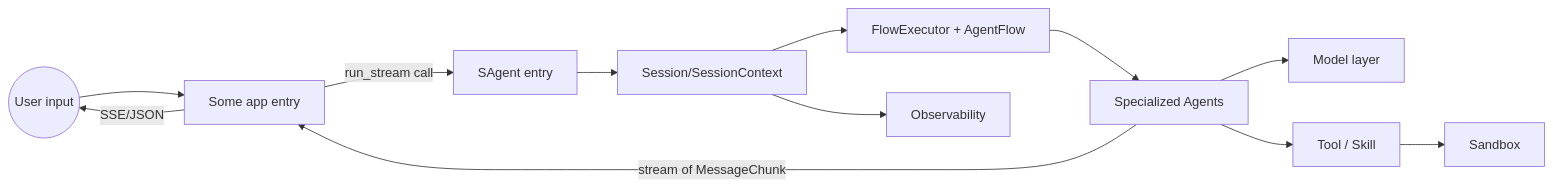
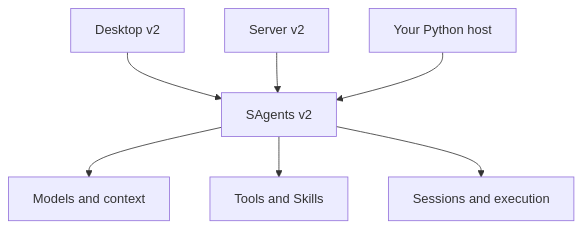
The diagram in docs/en/architecture/README.md (ZHangZHengEric/Sage), drawn with Mermaid before and after one commit. The commit also changed other lines of this file and 219 other files, not shown here.

````diff
--- a/docs/en/architecture/README.md
+++ b/docs/en/architecture/README.md
@@ -64,14 +16,9 @@
 ```mermaid
-flowchart LR
-    UserIn((User input)) --> EntryApp[Some app entry]
-    EntryApp -->|run_stream call| SAgent[SAgent entry]
-    SAgent --> Sess[Session/SessionContext]
-    Sess --> Flow[FlowExecutor + AgentFlow]
-    Flow --> Agents[Specialized Agents]
-    Agents --> LLM[Model layer]
-    Agents --> Tools[Tool / Skill]
-    Tools --> Sandbox[Sandbox]
-    Sess --> Obs[Observability]
-    Agents -->|stream of MessageChunk| EntryApp
-    EntryApp -->|SSE/JSON| UserIn
+flowchart TB
+    desktop[Desktop v2] --> runtime[SAgents v2]
+    server[Server v2] --> runtime
+    custom[Your Python host] --> runtime
+    runtime --> model[Models and context]
+    runtime --> tools[Tools and Skills]
+    runtime --> state[Sessions and execution]
 ```
````
